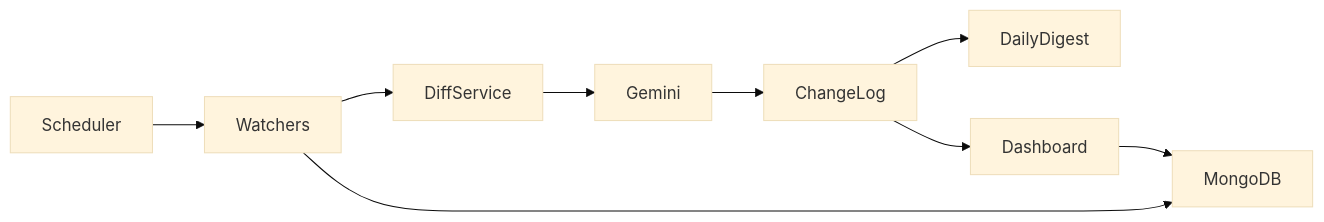
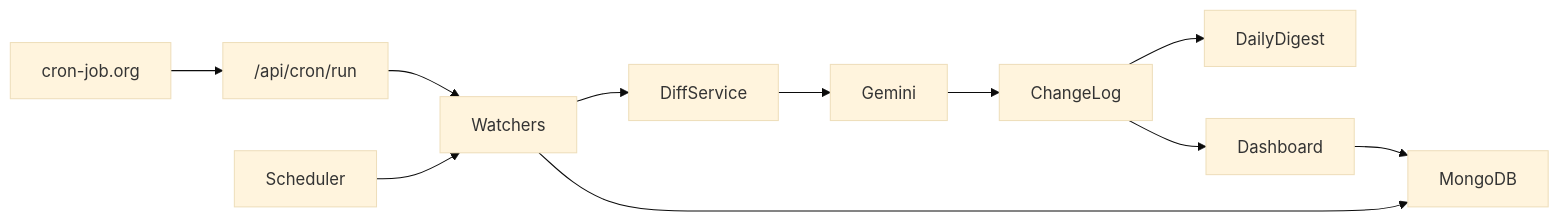
The diagram in README.md (gaurav703/competitor-monitor-tool), drawn with Mermaid (base theme) before and after one commit. The commit also changed other lines of this file, not shown here.

Commit message:
Document cron-job.org as the production scheduler for Vercel.

````diff
--- a/README.md
+++ b/README.md
@@ -20,11 +22,13 @@
 ```mermaid
 flowchart LR
+  CronJobOrg["cron-job.org"] --> CronRoute["/api/cron/run"]
   Scheduler --> Watchers
+  CronRoute --> Watchers
   Watchers --> DiffService
   DiffService --> Gemini
   Gemini --> ChangeLog
   ChangeLog --> DailyDigest
   ChangeLog --> Dashboard
   Watchers --> MongoDB
   Dashboard --> MongoDB
 ```
````
